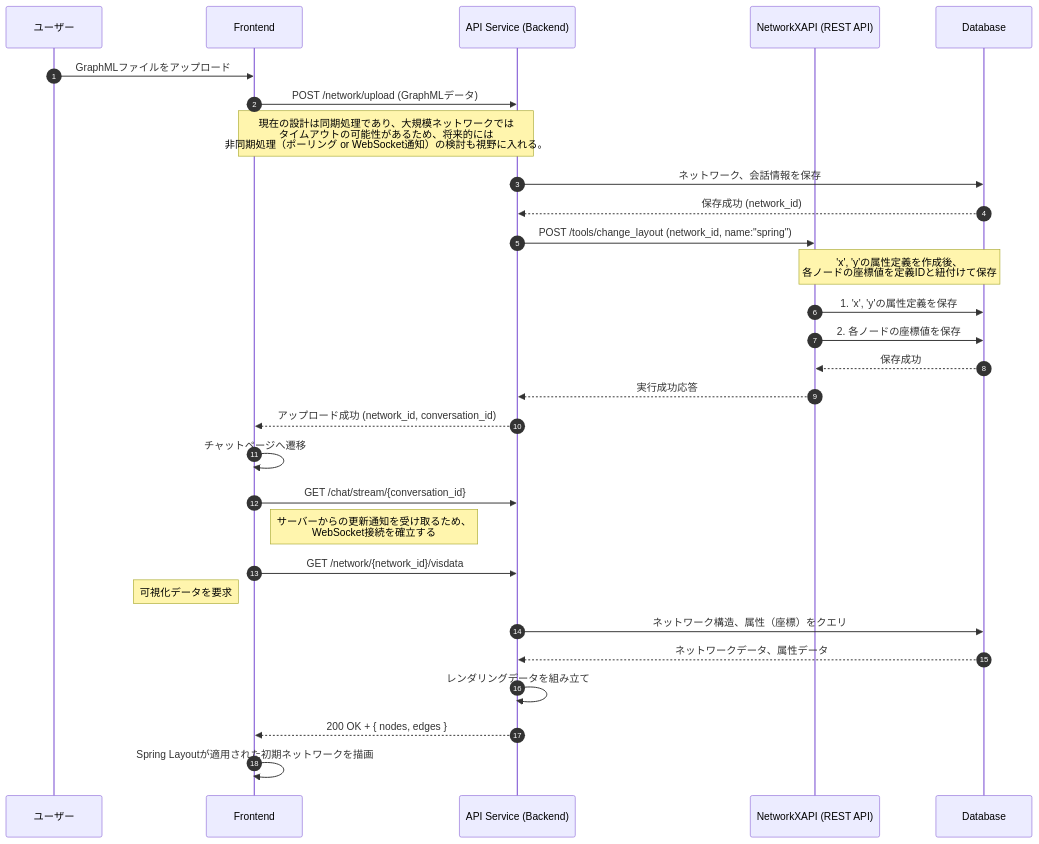
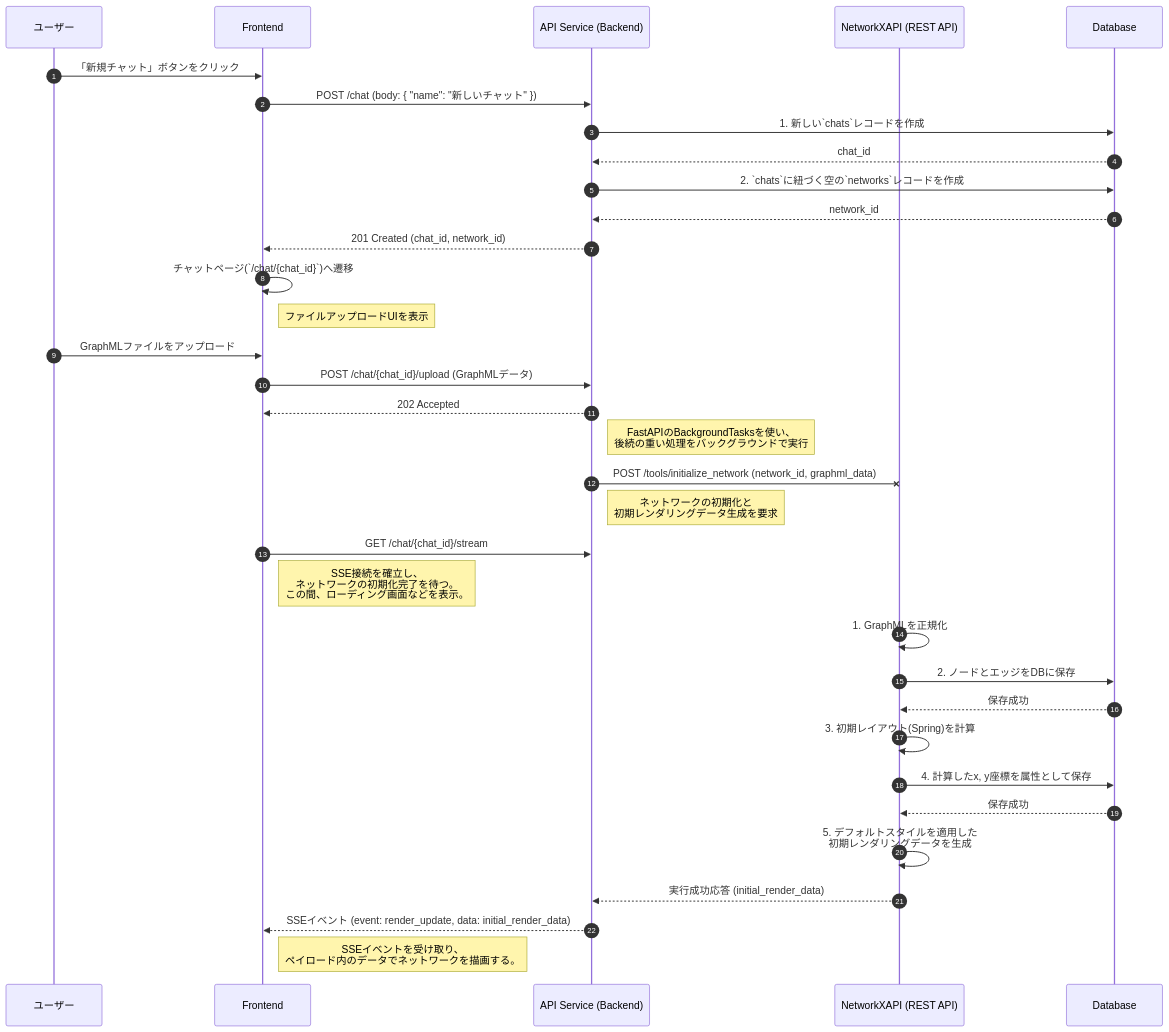
The first of 3 diagrams in specification/2_Technical_Details/6_Core_Workflows.md (vdslab/LLMGraphvis), drawn with Mermaid before and after one commit. The commit also changed other lines of this file and 8 other files, not shown here.

````diff
--- a/specification/2_Technical_Details/6_Core_Workflows.md
+++ b/specification/2_Technical_Details/6_Core_Workflows.md
@@ -22,41 +22,48 @@
 ```mermaid
 sequenceDiagram
     autonumber
     participant U as ユーザー
     participant F as Frontend
     participant B as API Service (Backend)
     participant N as NetworkXAPI (REST API)
     participant DB as Database
 
-    %% Step 1: User uploads a file
+    %% Step 1: User creates a new chat
+    U->>F: 「新規チャット」ボタンをクリック
+    F->>B: POST /chat (body: { "name": "新しいチャット" })
+    B->>DB: 1. 新しい`chats`レコードを作成
+    DB-->>B: chat_id
+    B->>DB: 2. `chats`に紐づく空の`networks`レコードを作成
+    DB-->>B: network_id
+    B-->>F: 201 Created (chat_id, network_id)
+
+    %% Step 2: Frontend navigates and user uploads a file
+    F->>F: チャットページ(`/chat/{chat_id}`)へ遷移
+    note right of F: ファイルアップロードUIを表示
     U->>F: GraphMLファイルをアップロード
-    F->>B: POST /network/upload (GraphMLデータ)
-    note over B,F: 現在の設計は同期処理であり、大規模ネットワークでは<br/>タイムアウトの可能性があるため、将来的には<br/>非同期処理（ポーリング or WebSocket通知）の検討も視野に入れる。
+    F->>B: POST /chat/{chat_id}/upload (GraphMLデータ)
 
-    %% Step 2: Backend saves initial data and requests default layout calculation
-    B->>DB: ネットワーク、会話情報を保存
-    DB-->>B: 保存成功 (network_id)
-    B->>N: POST /tools/change_layout (network_id, name:"spring")
+    %% Step 3: Backend accepts the request and starts background task
+    B-->>F: 202 Accepted
+    note right of B: FastAPIのBackgroundTasksを使い、<br/>後続の重い処理をバックグラウンドで実行
+    B-XN: POST /tools/initialize_network (network_id, graphml_data)
+    note right of B: ネットワークの初期化と<br/>初期レンダリングデータ生成を要求
 
-    %% Step 3: NetworkXAPI computes and saves layout as an attribute
-    note over N,DB: 'x', 'y'の属性定義を作成後、<br/>各ノードの座標値を定義IDと紐付けて保存
-    N->>DB: 1. 'x', 'y'の属性定義を保存
-    N->>DB: 2. 各ノードの座標値を保存
+    %% Step 4: Frontend waits for SSE event
+    F->>B: GET /chat/{chat_id}/stream
+    note right of F: SSE接続を確立し、<br/>ネットワークの初期化完了を待つ。<br/>この間、ローディング画面などを表示。
+
+    %% Step 5: Background processing in NetworkXAPI
+    N->>N: 1. GraphMLを正規化
+    N->>DB: 2. ノードとエッジをDBに保存
     DB-->>N: 保存成功
-    N-->>B: 実行成功応答
-    B-->>F: アップロード成功 (network_id, conversation_id)
+    N->>N: 3. 初期レイアウト(Spring)を計算
+    N->>DB: 4. 計算したx, y座標を属性として保存
+    DB-->>N: 保存成功
+    N->>N: 5. デフォルトスタイルを適用した<br/>初期レンダリングデータを生成
+    N-->>B: 実行成功応答 (initial_render_data)
 
-    %% Step 4: Frontend navigates and fetches the initial network data
-    F->>F: チャットページへ遷移
-    F->>B: GET /chat/stream/{conversation_id}
-    note right of F: サーバーからの更新通知を受け取るため、<br/>WebSocket接続を確立する
-    F->>B: GET /network/{network_id}/visdata
-    note left of F: 可視化データを要求
-    B->>DB: ネットワーク構造、属性（座標）をクエリ
-    DB-->>B: ネットワークデータ、属性データ
-    B->>B: レンダリングデータを組み立て
-    B-->>F: 200 OK + { nodes, edges }
-
-    %% Step 5: Frontend renders the initial network
-    F->>F: Spring Layoutが適用された初期ネットワークを描画
+    %% Step 6: Backend forwards the initial data via SSE
+    B-->>F: SSEイベント (event: render_update, data: initial_render_data)
+    note right of F: SSEイベントを受け取り、<br/>ペイロード内のデータでネットワークを描画する。
 ```
````
